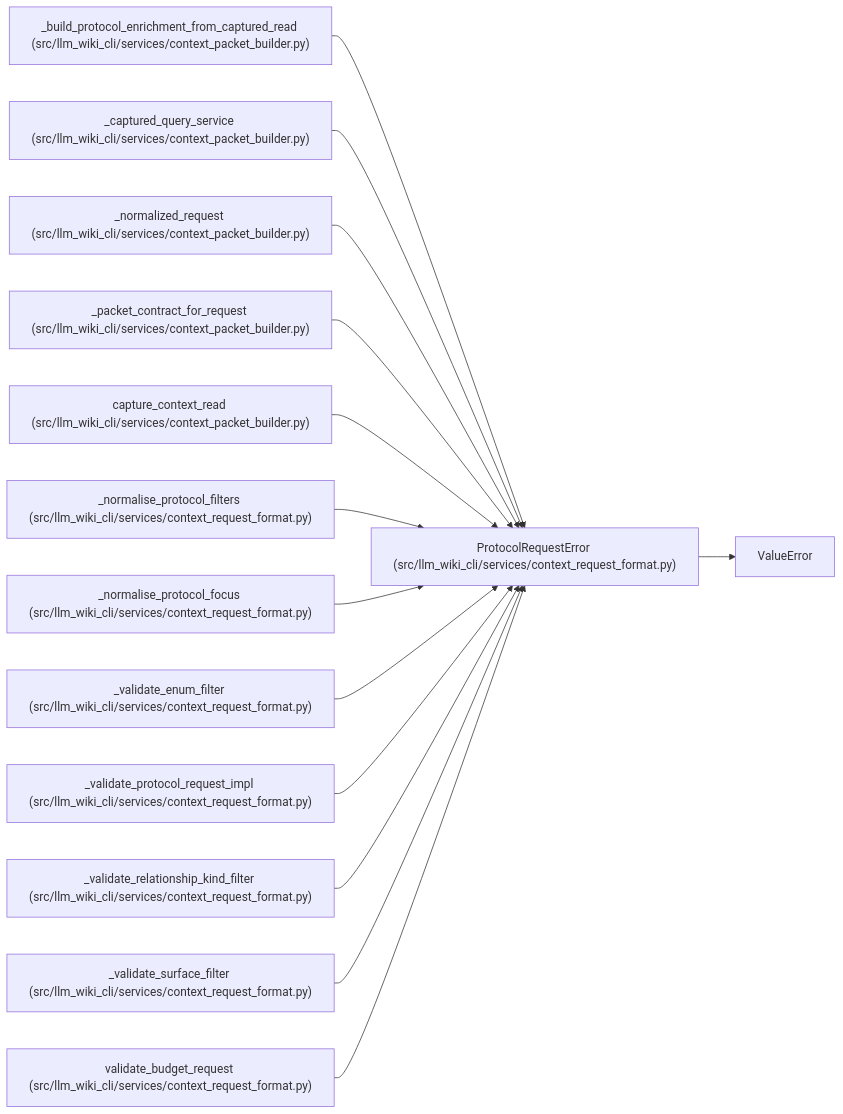
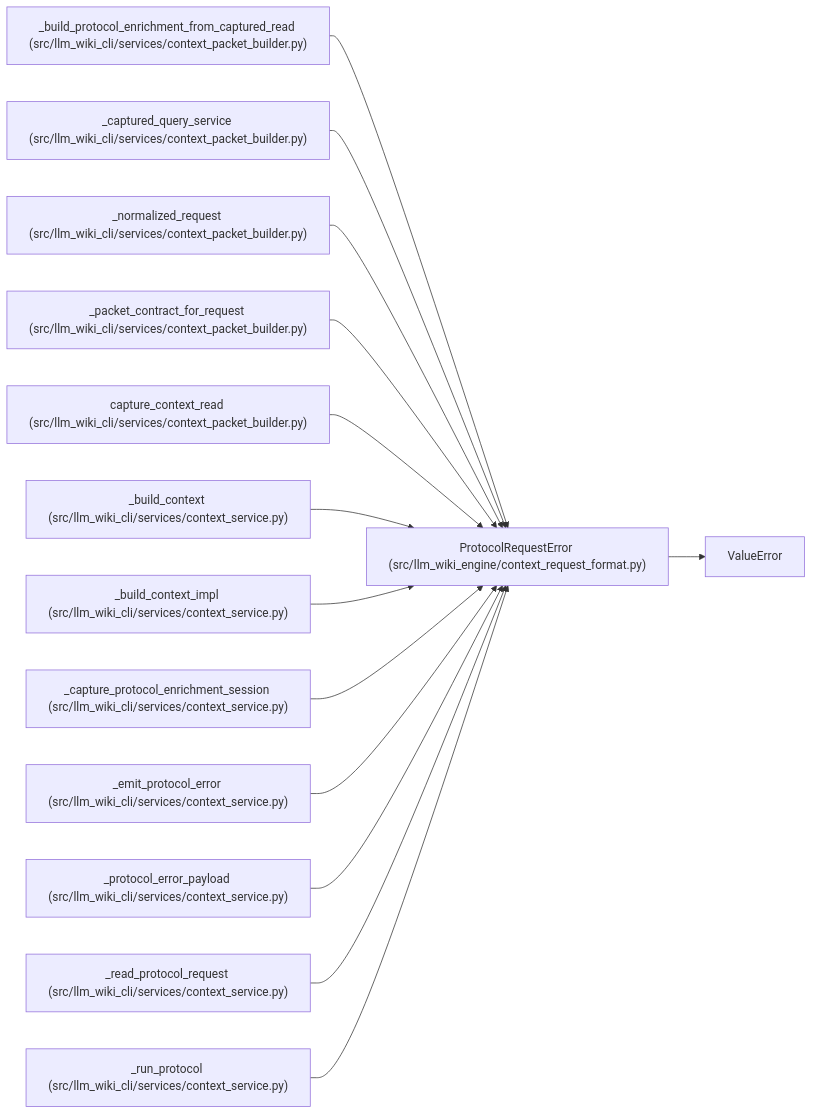
Before and after one commit to Denissvgn/python-wiki-llm: the diagram in docs/llm_wiki/entities/ProtocolRequestError.md, drawn with Mermaid. The commit also changed other lines of this file and 1058 other files, not shown here.

````diff
--- a/docs/llm_wiki/entities/ProtocolRequestError.md
+++ b/docs/llm_wiki/entities/ProtocolRequestError.md
@@ -25,43 +25,43 @@
 ```mermaid
 flowchart LR
-    n0["ProtocolRequestError (src/llm_wiki_cli/services/context_request_format.py)"]
+    n0["ProtocolRequestError (src/llm_wiki_engine/context_request_format.py)"]
     n1["ValueError"]
     n2["_build_protocol_enrichment_from_captured_read (src/llm_wiki_cli/services/context_packet_builder.py)"]
     n3["_captured_query_service (src/llm_wiki_cli/services/context_packet_builder.py)"]
     n4["_normalized_request (src/llm_wiki_cli/services/context_packet_builder.py)"]
     n5["_packet_contract_for_request (src/llm_wiki_cli/services/context_packet_builder.py)"]
     n6["capture_context_read (src/llm_wiki_cli/services/context_packet_builder.py)"]
-    n7["_normalise_protocol_filters (src/llm_wiki_cli/services/context_request_format.py)"]
-    n8["_normalise_protocol_focus (src/llm_wiki_cli/services/context_request_format.py)"]
-    n9["_validate_enum_filter (src/llm_wiki_cli/services/context_request_format.py)"]
-    n10["_validate_protocol_request_impl (src/llm_wiki_cli/services/context_request_format.py)"]
-    n11["_validate_relationship_kind_filter (src/llm_wiki_cli/services/context_request_format.py)"]
-    n12["_validate_surface_filter (src/llm_wiki_cli/services/context_request_format.py)"]
-    n13["validate_budget_request (src/llm_wiki_cli/services/context_request_format.py)"]
+    n7["_build_context (src/llm_wiki_cli/services/context_service.py)"]
+    n8["_build_context_impl (src/llm_wiki_cli/services/context_service.py)"]
+    n9["_capture_protocol_enrichment_session (src/llm_wiki_cli/services/context_service.py)"]
+    n10["_emit_protocol_error (src/llm_wiki_cli/services/context_service.py)"]
+    n11["_protocol_error_payload (src/llm_wiki_cli/services/context_service.py)"]
+    n12["_read_protocol_request (src/llm_wiki_cli/services/context_service.py)"]
+    n13["_run_protocol (src/llm_wiki_cli/services/context_service.py)"]
     n0 --> n1
     n2 --> n0
     n3 --> n0
     n4 --> n0
     n5 --> n0
     n6 --> n0
     n7 --> n0
     n8 --> n0
     n9 --> n0
     n10 --> n0
     n11 --> n0
     n12 --> n0
     n13 --> n0
     click n0 "../modules/context_request_format.md"
     click n2 "../modules/context_packet_builder.md"
     click n3 "../modules/context_packet_builder.md"
     click n4 "../modules/context_packet_builder.md"
     click n5 "../modules/context_packet_builder.md"
     click n6 "../modules/context_packet_builder.md"
-    click n7 "../modules/context_request_format.md"
-    click n8 "../modules/context_request_format.md"
-    click n9 "../modules/context_request_format.md"
-    click n10 "../modules/context_request_format.md"
-    click n11 "../modules/context_request_format.md"
-    click n12 "../modules/context_request_format.md"
-    click n13 "../modules/context_request_format.md"
+    click n7 "../modules/context_service.md"
+    click n8 "../modules/context_service.md"
+    click n9 "../modules/context_service.md"
+    click n10 "../modules/context_service.md"
+    click n11 "../modules/context_service.md"
+    click n12 "../modules/context_service.md"
+    click n13 "../modules/context_service.md"
 ```
````
